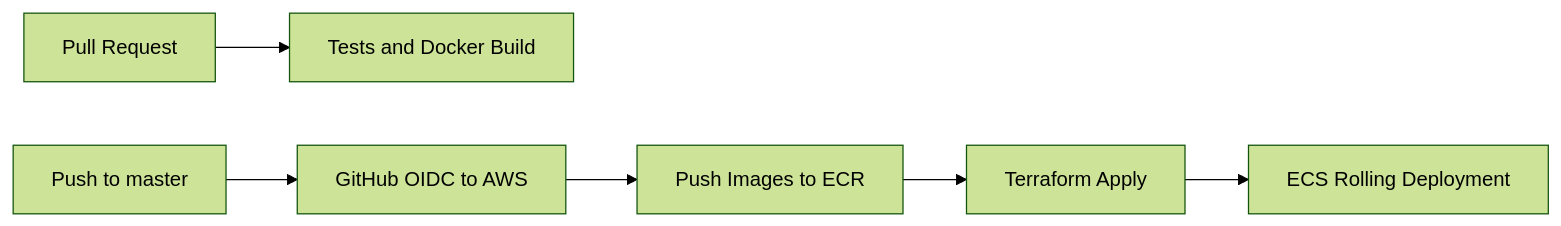
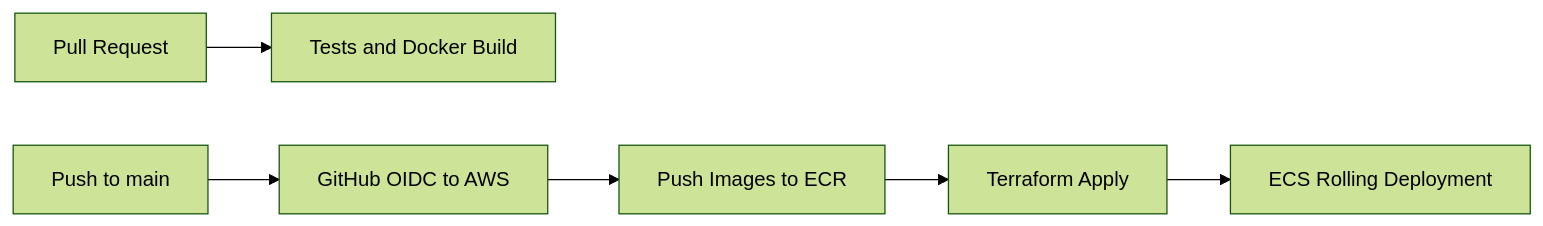
The second of 2 diagrams in docs/aws-ecs-architecture.md (toannd021104/AWS-3layer-app), drawn with Mermaid (forest theme) before and after one commit. The commit also changed other lines of this file, not shown here.

Commit message:
docs: describe aws ecs architecture status

````diff
--- a/docs/aws-ecs-architecture.md
+++ b/docs/aws-ecs-architecture.md
@@ -61,8 +96,8 @@
 ```mermaid
 flowchart LR
   PR[Pull Request] --> Test[Tests and Docker Build]
-  Main[Push to master] --> OIDC[GitHub OIDC to AWS]
+  Main[Push to main] --> OIDC[GitHub OIDC to AWS]
   OIDC --> ECR[Push Images to ECR]
   ECR --> TF[Terraform Apply]
   TF --> ECS[ECS Rolling Deployment]
 ```
````
